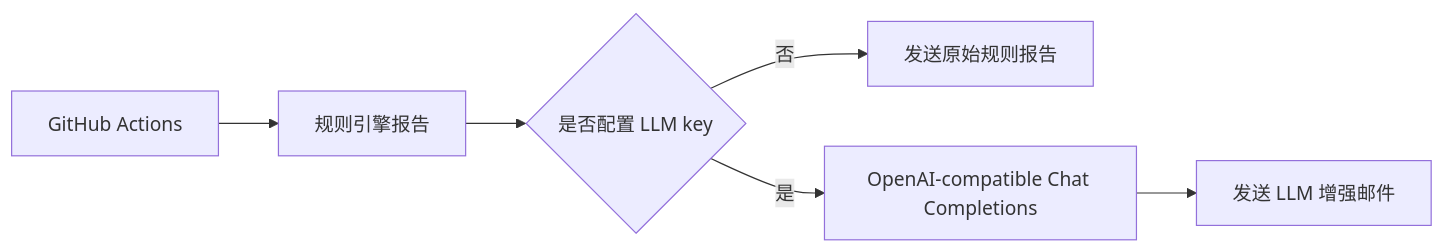
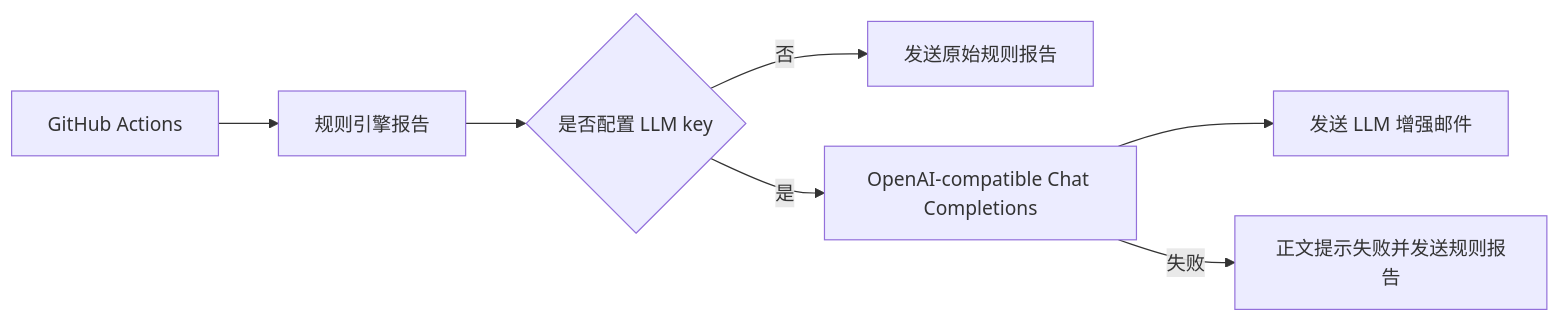
One commit to TRUSOGEN/Stock-EGON changed the diagram in docs/llm-config-guide.md. Above: the diagram before and after it, drawn with Mermaid. The commit also changed other lines of this file and 6 other files, not shown here.

````diff
--- a/docs/llm-config-guide.md
+++ b/docs/llm-config-guide.md
@@ -7,8 +7,9 @@
 ```mermaid
 flowchart LR
   A["GitHub Actions"] --> B["规则引擎报告"]
   B --> C{"是否配置 LLM key"}
   C -->|否| D["发送原始规则报告"]
   C -->|是| E["OpenAI-compatible Chat Completions"]
   E --> F["发送 LLM 增强邮件"]
+  E -->|失败| G["正文提示失败并发送规则报告"]
 ```
````
